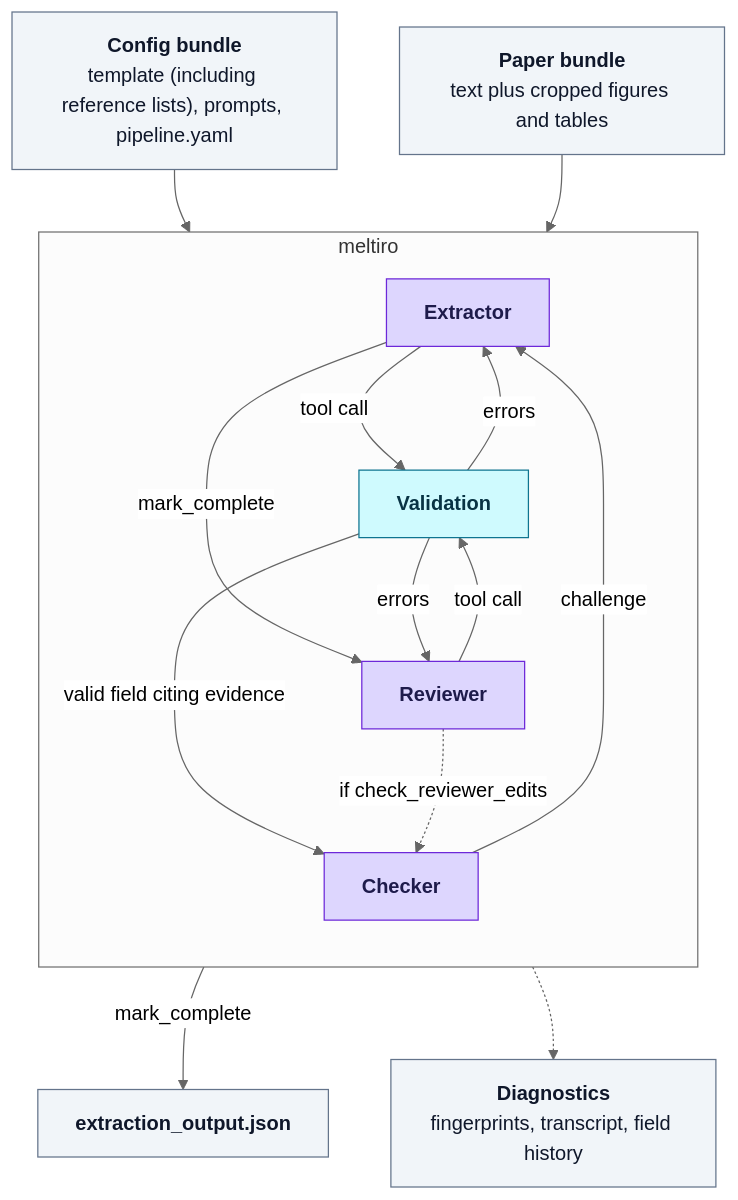
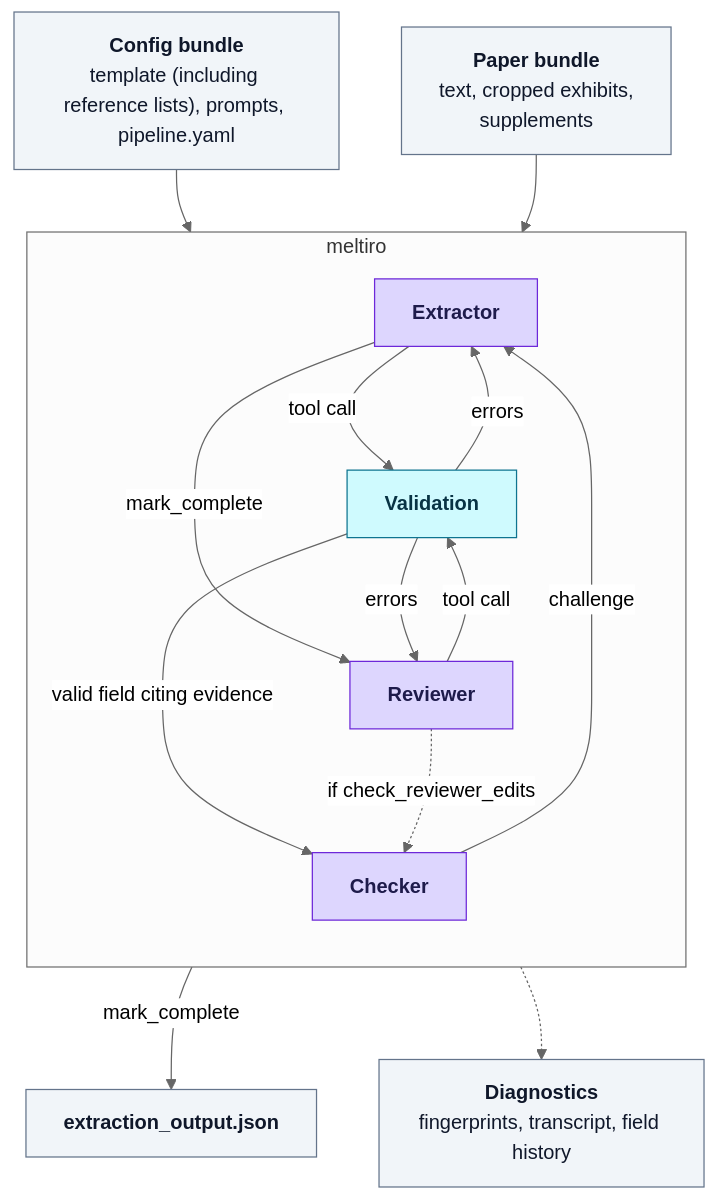
Before and after one commit to edpenington/meltiro: the diagram in README.md, drawn with Mermaid (neutral theme). The commit also changed other lines of this file and 8 other files, not shown here.

````diff
--- a/README.md
+++ b/README.md
@@ -107,35 +108,35 @@
 ```mermaid
 flowchart TD
     CB["<b>Config bundle</b><br/>template (including reference lists), prompts, pipeline.yaml"]
-    PB["<b>Paper bundle</b><br/>text plus cropped figures and tables"]
+    PB["<b>Paper bundle</b><br/>text, cropped exhibits,<br/>supplements"]
 
     subgraph APP["meltiro"]
         direction TB
         EX["<b>Extractor</b>"]
         VAL["<b>Validation</b>"]
         CK["<b>Checker</b>"]
         RV["<b>Reviewer</b>"]
 
         EX -->|"tool call"| VAL
         VAL -->|"errors"| EX
         VAL -->|"valid field citing evidence"| CK
         CK -->|"challenge"| EX
         EX -->|"mark_complete"| RV
         RV -->|"tool call"| VAL
         VAL -->|"errors"| RV
         RV -.->|"if check_reviewer_edits"| CK
     end
 
     CB --> APP
     PB --> APP
 
     RV -->|"mark_complete"| OUT["<b>extraction_output.json</b>"]
     APP -.-> DIAG["<b>Diagnostics</b><br/>fingerprints, transcript, field history"]
 
     classDef llm fill:#ddd6fe,stroke:#6d28d9,color:#1e1b4b
     classDef det fill:#cffafe,stroke:#0e7490,color:#083344
     classDef io fill:#f1f5f9,stroke:#64748b,color:#0f172a
     class EX,CK,RV llm
     class VAL det
     class CB,PB,OUT,DIAG io
 ```
````
